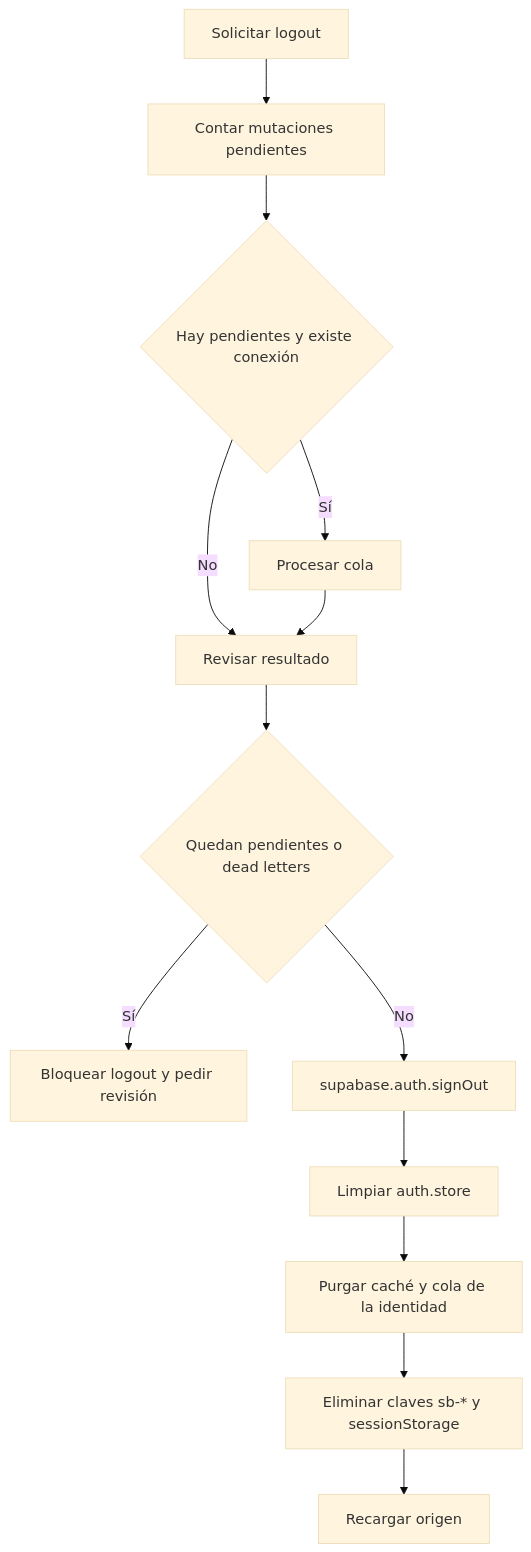
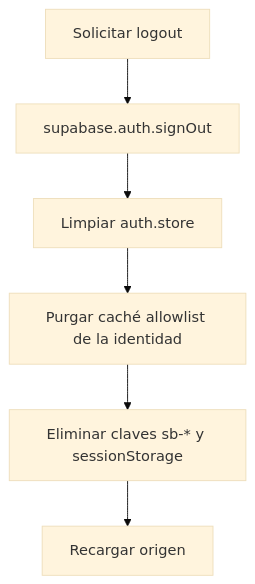
Before and after one commit to jhoncharlesjcar/pms-jcar-labs-inc: the second of 2 diagrams in specs/domain-auth.md, drawn with Mermaid (base theme). The commit also changed other lines of this file and 122 other files, not shown here.

````diff
--- a/specs/domain-auth.md
+++ b/specs/domain-auth.md
@@ -105,15 +105,8 @@
 ```mermaid
 flowchart TD
-    A["Solicitar logout"] --> B["Contar mutaciones pendientes"]
-    B --> C{"Hay pendientes y existe conexión"}
-    C -->|Sí| D["Procesar cola"]
-    C -->|No| E["Revisar resultado"]
-    D --> E
-    E --> F{"Quedan pendientes o dead letters"}
-    F -->|Sí| G["Bloquear logout y pedir revisión"]
-    F -->|No| H["supabase.auth.signOut"]
-    H --> I["Limpiar auth.store"]
-    I --> J["Purgar caché y cola de la identidad"]
-    J --> K["Eliminar claves sb-* y sessionStorage"]
-    K --> L["Recargar origen"]
+    A["Solicitar logout"] --> B["supabase.auth.signOut"]
+    B --> C["Limpiar auth.store"]
+    C --> D["Purgar caché allowlist de la identidad"]
+    D --> E["Eliminar claves sb-* y sessionStorage"]
+    E --> F["Recargar origen"]
 ```
````
